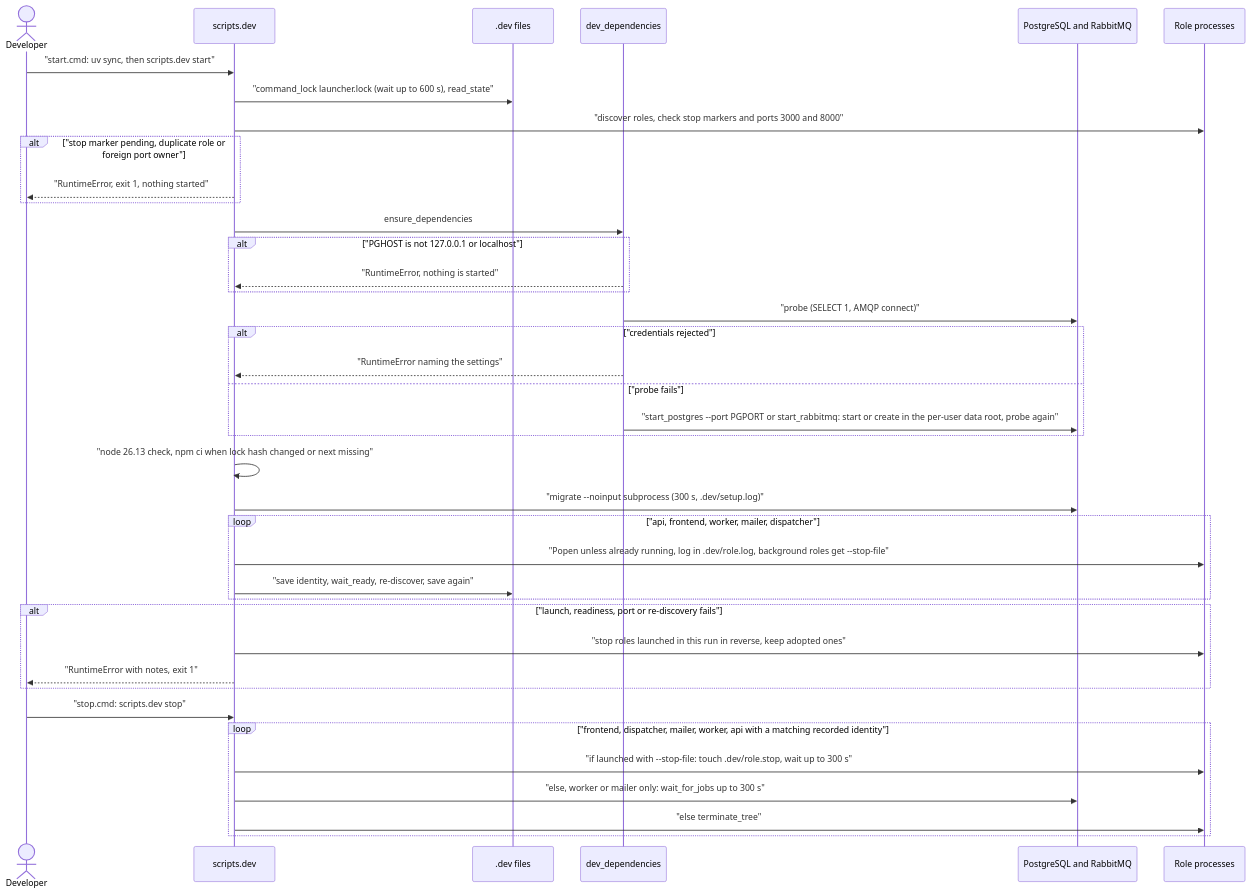
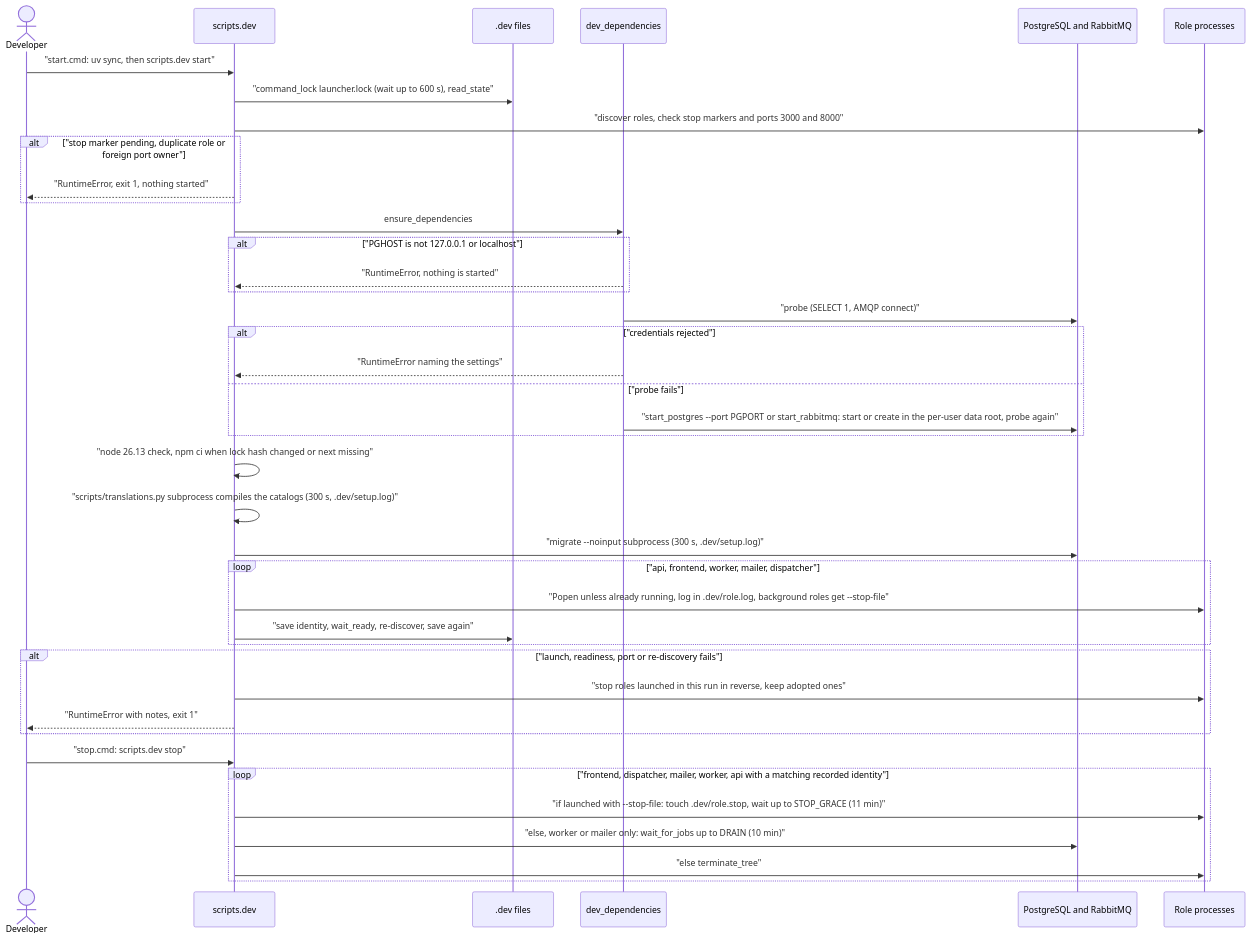
One commit to erkurtharun/pyracast changed the diagram in docs/flows/local-dev-stack.md. Above: the diagram before and after it, drawn with Mermaid. The commit also changed other lines of this file and 85 other files, not shown here.

First line of the commit message:
Bring the flow pages in line with the code (#107)

````diff
--- a/docs/flows/local-dev-stack.md
+++ b/docs/flows/local-dev-stack.md
@@ -13,41 +13,42 @@
 ```mermaid
 sequenceDiagram
     actor Dev as Developer
     participant L as scripts.dev
     participant F as .dev files
     participant D as dev_dependencies
     participant X as PostgreSQL and RabbitMQ
     participant R as Role processes
     Dev->>L: "start.cmd: uv sync, then scripts.dev start"
     L->>F: "command_lock launcher.lock (wait up to 600 s), read_state"
     L->>R: "discover roles, check stop markers and ports 3000 and 8000"
     alt "stop marker pending, duplicate role or foreign port owner"
         L-->>Dev: "RuntimeError, exit 1, nothing started"
     end
     L->>D: ensure_dependencies
     alt "PGHOST is not 127.0.0.1 or localhost"
         D-->>L: "RuntimeError, nothing is started"
     end
     D->>X: "probe (SELECT 1, AMQP connect)"
     alt "credentials rejected"
         D-->>L: "RuntimeError naming the settings"
     else "probe fails"
         D->>X: "start_postgres --port PGPORT or start_rabbitmq: start or create in the per-user data root, probe again"
     end
     L->>L: "node 26.13 check, npm ci when lock hash changed or next missing"
+    L->>L: "scripts/translations.py subprocess compiles the catalogs (300 s, .dev/setup.log)"
     L->>X: "migrate --noinput subprocess (300 s, .dev/setup.log)"
     loop "api, frontend, worker, mailer, dispatcher"
         L->>R: "Popen unless already running, log in .dev/role.log, background roles get --stop-file"
         L->>F: "save identity, wait_ready, re-discover, save again"
     end
     alt "launch, readiness, port or re-discovery fails"
         L->>R: "stop roles launched in this run in reverse, keep adopted ones"
         L-->>Dev: "RuntimeError with notes, exit 1"
     end
     Dev->>L: "stop.cmd: scripts.dev stop"
     loop "frontend, dispatcher, mailer, worker, api with a matching recorded identity"
-        L->>R: "if launched with --stop-file: touch .dev/role.stop, wait up to 300 s"
-        L->>X: "else, worker or mailer only: wait_for_jobs up to 300 s"
+        L->>R: "if launched with --stop-file: touch .dev/role.stop, wait up to STOP_GRACE (11 min)"
+        L->>X: "else, worker or mailer only: wait_for_jobs up to DRAIN (10 min)"
         L->>R: "else terminate_tree"
     end
 ```
````
